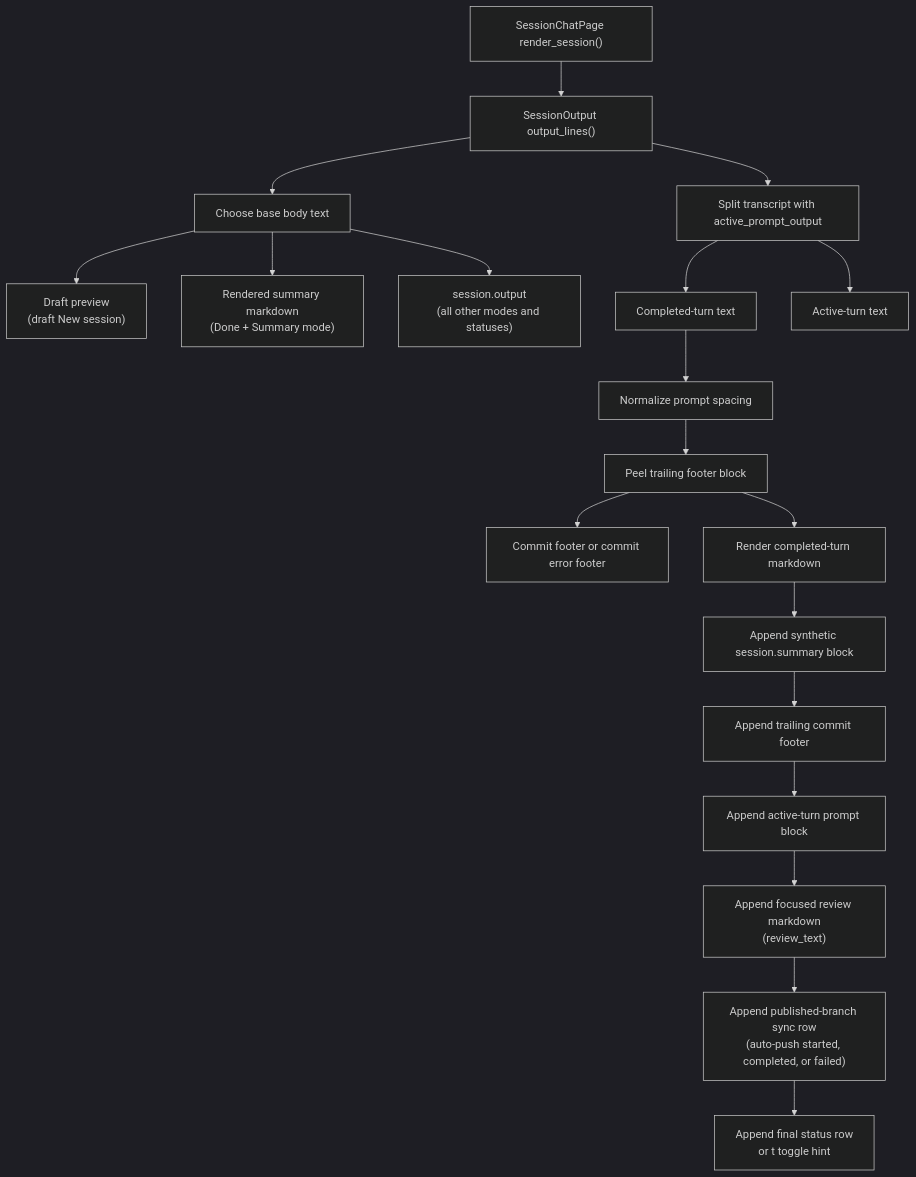
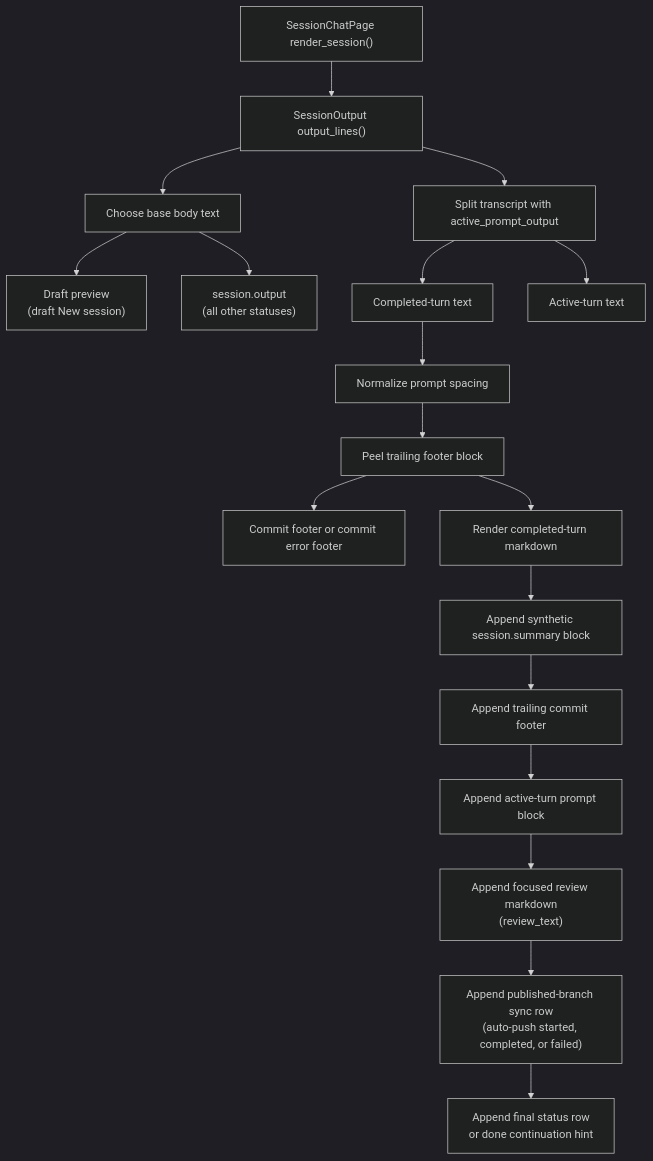
One commit to agentty-xyz/agentty changed the second of 4 diagrams in docs/site/content/docs/architecture/runtime-flow.md. Above: the diagram before and after it, drawn with Mermaid (dark theme). The commit also changed other lines of this file and 22 other files, not shown here.

First line of the commit message:
Render done-session transcript and summary as one stream

````diff
--- a/docs/site/content/docs/architecture/runtime-flow.md
+++ b/docs/site/content/docs/architecture/runtime-flow.md
@@ -209,31 +203,30 @@
 ```mermaid
 flowchart TD
   render["SessionChatPage render_session()"]
   lines["SessionOutput output_lines()"]
   render --> lines
 
   base["Choose base body text"]
   lines --> base
   base --> draft["Draft preview<br/>(draft New session)"]
-  base --> done_summary["Rendered summary markdown<br/>(Done + Summary mode)"]
-  base --> transcript["session.output<br/>(all other modes and statuses)"]
+  base --> transcript["session.output<br/>(all other statuses)"]
 
   split["Split transcript with active_prompt_output"]
   completed["Completed-turn text"]
   active["Active-turn text"]
   lines --> split
   split --> completed
   split --> active
 
   completed --> spacing["Normalize prompt spacing"]
   spacing --> footer_split["Peel trailing footer block"]
   footer_split --> footer_kind["Commit footer or commit error footer"]
   footer_split --> completed_md["Render completed-turn markdown"]
 
   completed_md --> summary["Append synthetic session.summary block"]
   summary --> footer["Append trailing commit footer"]
   footer --> active_prompt["Append active-turn prompt block"]
   active_prompt --> review["Append focused review markdown<br/>(review_text)"]
   review --> branch_sync["Append published-branch sync row<br/>(auto-push started, completed, or failed)"]
-  branch_sync --> final_row["Append final status row<br/>or t toggle hint"]
+  branch_sync --> final_row["Append final status row<br/>or done continuation hint"]
 ```
````
